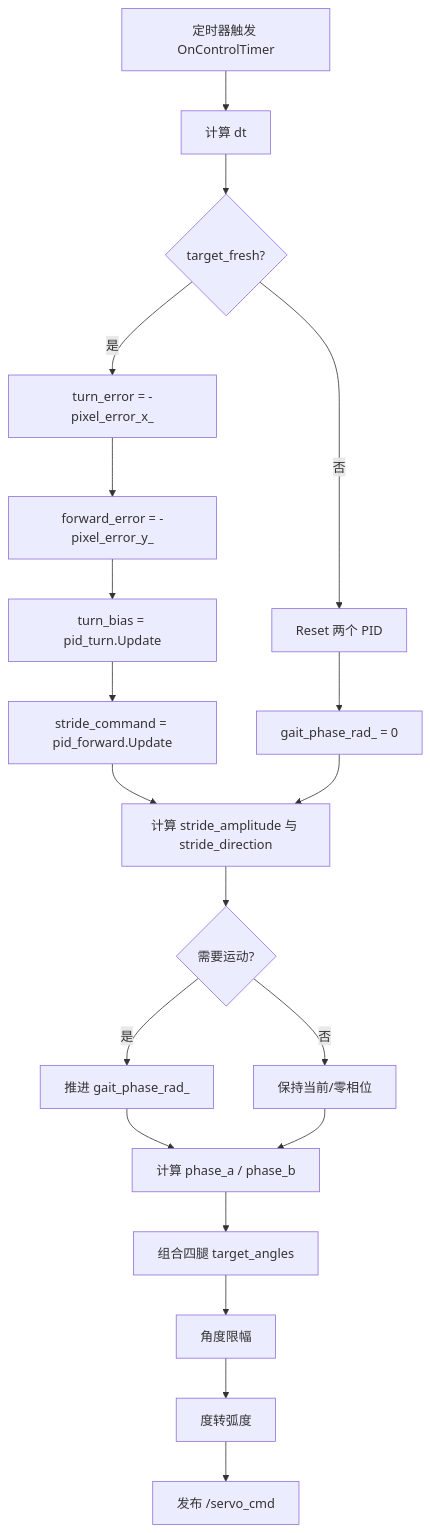
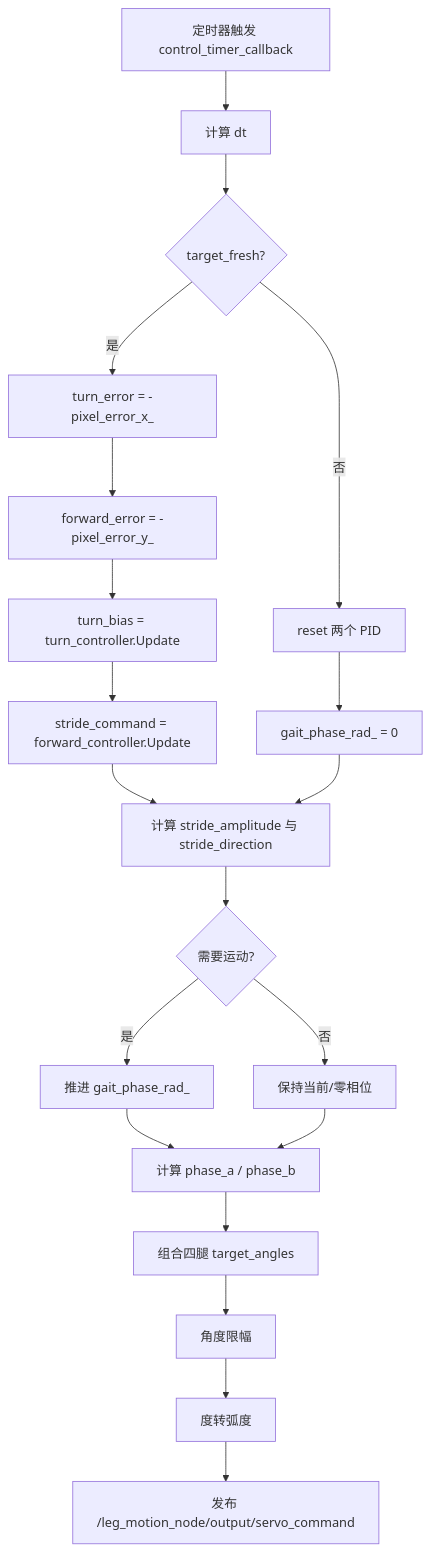
The second of 2 diagrams in docs/visual_servo_node/leg_motion_node_code_doc.md (PT233/dog_dev), drawn with Mermaid before and after one commit. The commit also changed other lines of this file and 322 other files, not shown here.

````diff
--- a/docs/visual_servo_node/leg_motion_node_code_doc.md
+++ b/docs/visual_servo_node/leg_motion_node_code_doc.md
@@ -429,22 +427,22 @@
 ```mermaid
 flowchart TD
-    A[定时器触发 OnControlTimer] --> B[计算 dt]
+    A[定时器触发 control_timer_callback] --> B[计算 dt]
     B --> C{target_fresh?}
     C -- 是 --> D[turn_error = -pixel_error_x_]
     D --> E[forward_error = -pixel_error_y_]
-    E --> F[turn_bias = pid_turn.Update]
-    F --> G[stride_command = pid_forward.Update]
-    C -- 否 --> H[Reset 两个 PID]
+    E --> F[turn_bias = turn_controller.Update]
+    F --> G[stride_command = forward_controller.Update]
+    C -- 否 --> H[reset 两个 PID]
     H --> I[gait_phase_rad_ = 0]
     G --> J[计算 stride_amplitude 与 stride_direction]
     I --> J
     J --> K{需要运动?}
     K -- 是 --> L[推进 gait_phase_rad_]
     K -- 否 --> M[保持当前/零相位]
     L --> N[计算 phase_a / phase_b]
     M --> N
     N --> O[组合四腿 target_angles]
     O --> P[角度限幅]
     P --> Q[度转弧度]
-    Q --> R[发布 /servo_cmd]
+    Q --> R[发布 /leg_motion_node/output/servo_command]
 ```
````
